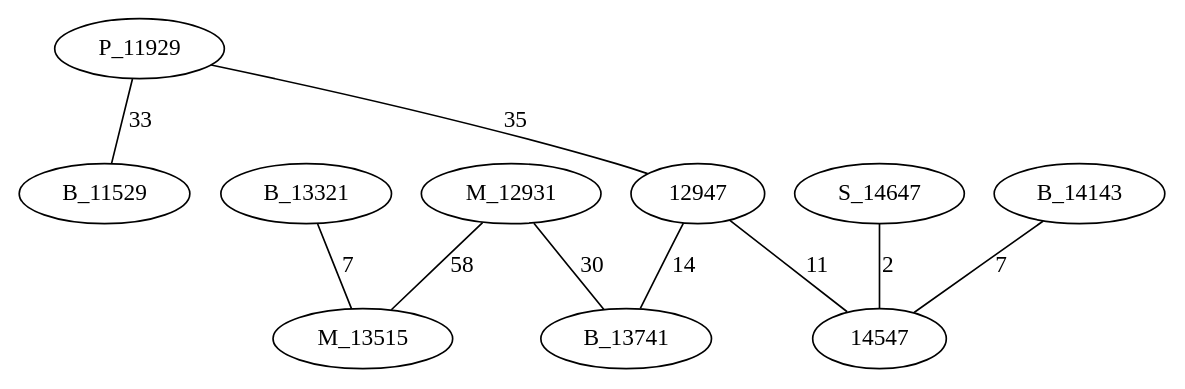
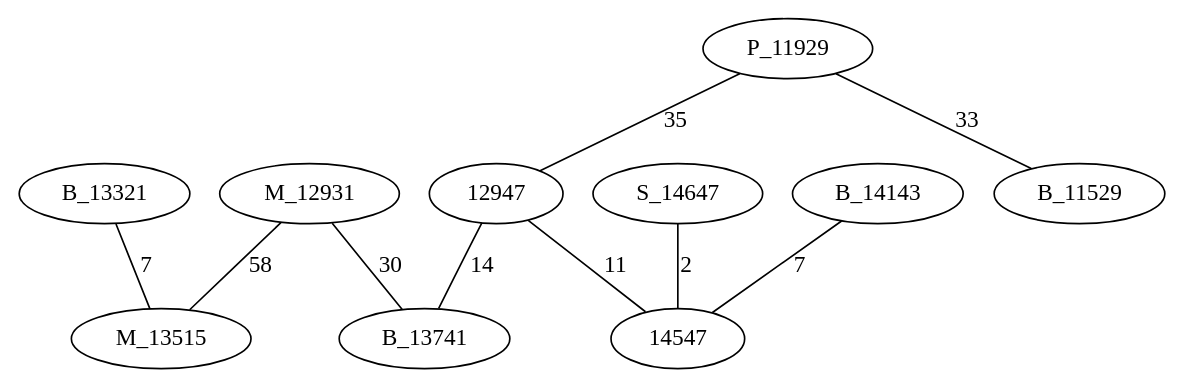
The diagram in Graph.dot (AsmNoob/Labyrinthe), drawn with Graphviz before and after one commit. The commit also changed other lines of this file and 3 other files, not shown here.

```diff
--- a/Graph.dot
+++ b/Graph.dot
@@ -1,13 +1,13 @@
 graph chemin {
 
+	P_11929 -- 12947 [label=35]
 	P_11929 -- B_11529 [label=33]
-	P_11929 -- 12947 [label=35]
 	M_12931 -- B_13741 [label=30]
 	M_12931 -- M_13515 [label=58]
 	S_14647 -- 14547 [label=2]
 	12947 -- B_13741 [label=14]
 	12947 -- 14547 [label=11]
 	B_14143 -- 14547 [label=7]
 	B_13321 -- M_13515 [label=7]
 
 }
```
